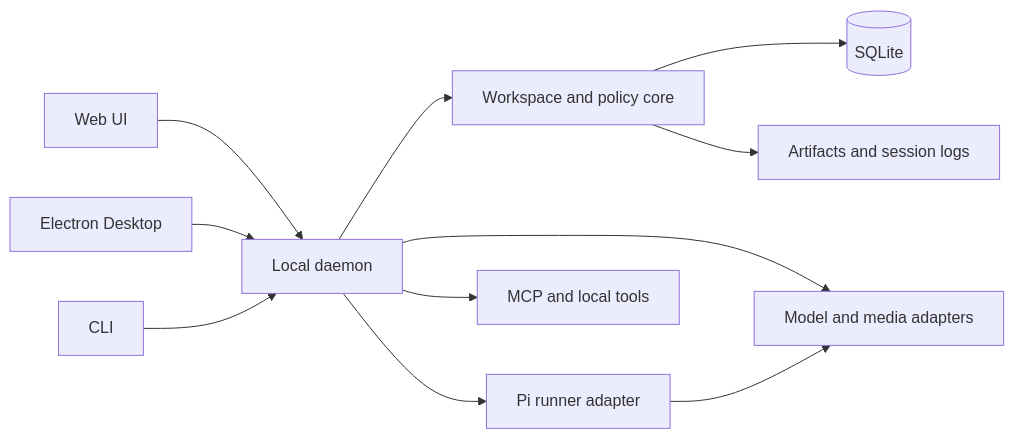
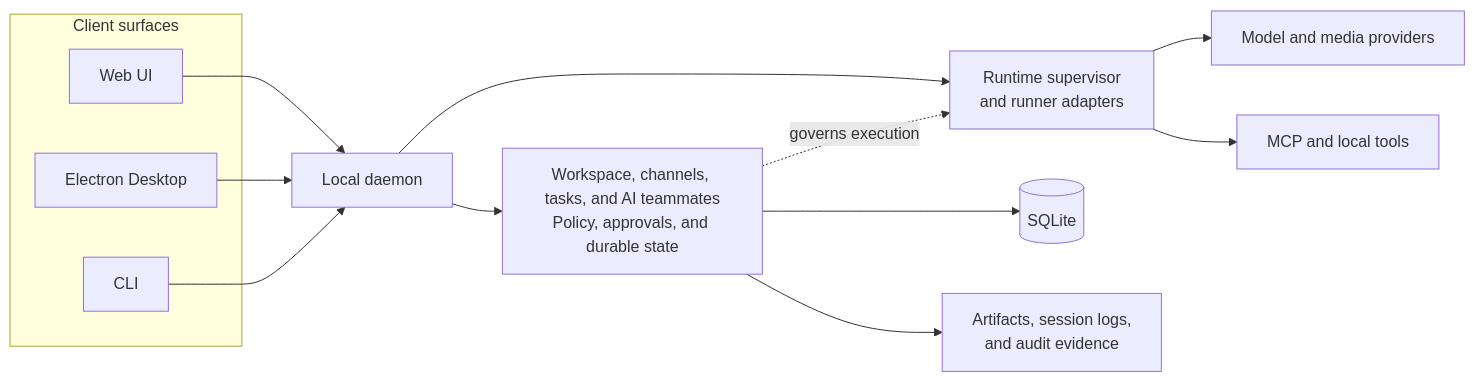
Before and after one commit to ling-stack-org/ling-stack: the diagram in README.md, drawn with Mermaid.

Commit message:
docs: clarify public architecture overview

````diff
--- a/README.md
+++ b/README.md
@@ -82,13 +82,21 @@
 ```mermaid
 flowchart LR
-  Web[Web UI] --> Daemon[Local daemon]
-  Desktop[Electron Desktop] --> Daemon
-  CLI[CLI] --> Daemon
-  Daemon --> Core[Workspace and policy core]
-  Daemon --> Runner[Pi runner adapter]
-  Daemon --> Providers[Model and media adapters]
-  Daemon --> Tools[MCP and local tools]
-  Core --> Store[(SQLite)]
-  Core --> Files[Artifacts and session logs]
-  Runner --> Providers
+  subgraph Clients["Client surfaces"]
+    Web["Web UI"]
+    Desktop["Electron Desktop"]
+    CLI["CLI"]
+  end
+
+  Web --> Daemon["Local daemon"]
+  Desktop --> Daemon
+  CLI --> Daemon
+
+  Daemon --> Core["Workspace, channels, tasks, and AI teammates<br/>Policy, approvals, and durable state"]
+  Daemon --> Runtime["Runtime supervisor<br/>and runner adapters"]
+  Core -. "governs execution" .-> Runtime
+
+  Runtime --> Providers["Model and media providers"]
+  Runtime --> Tools["MCP and local tools"]
+  Core --> Store[("SQLite")]
+  Core --> Evidence["Artifacts, session logs,<br/>and audit evidence"]
 ```
````
